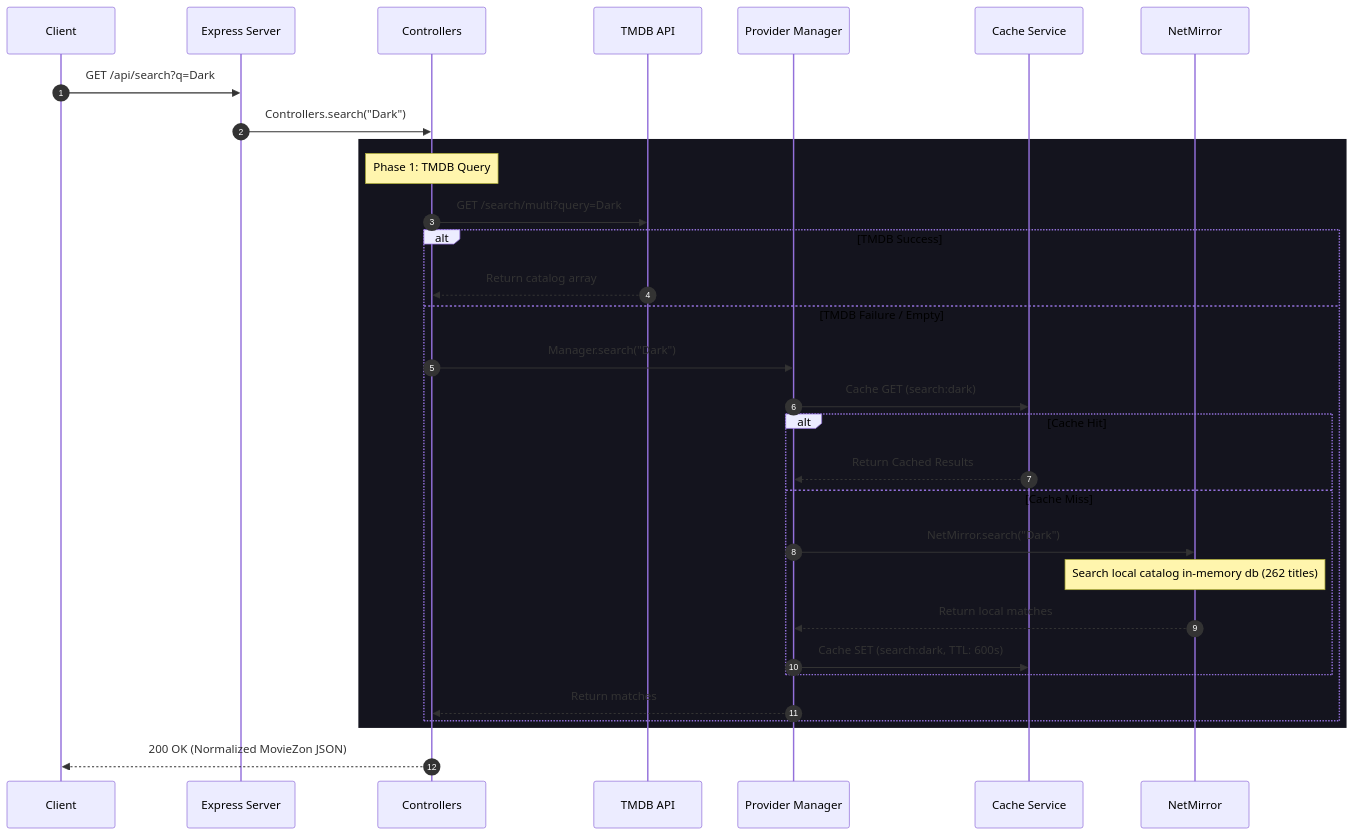
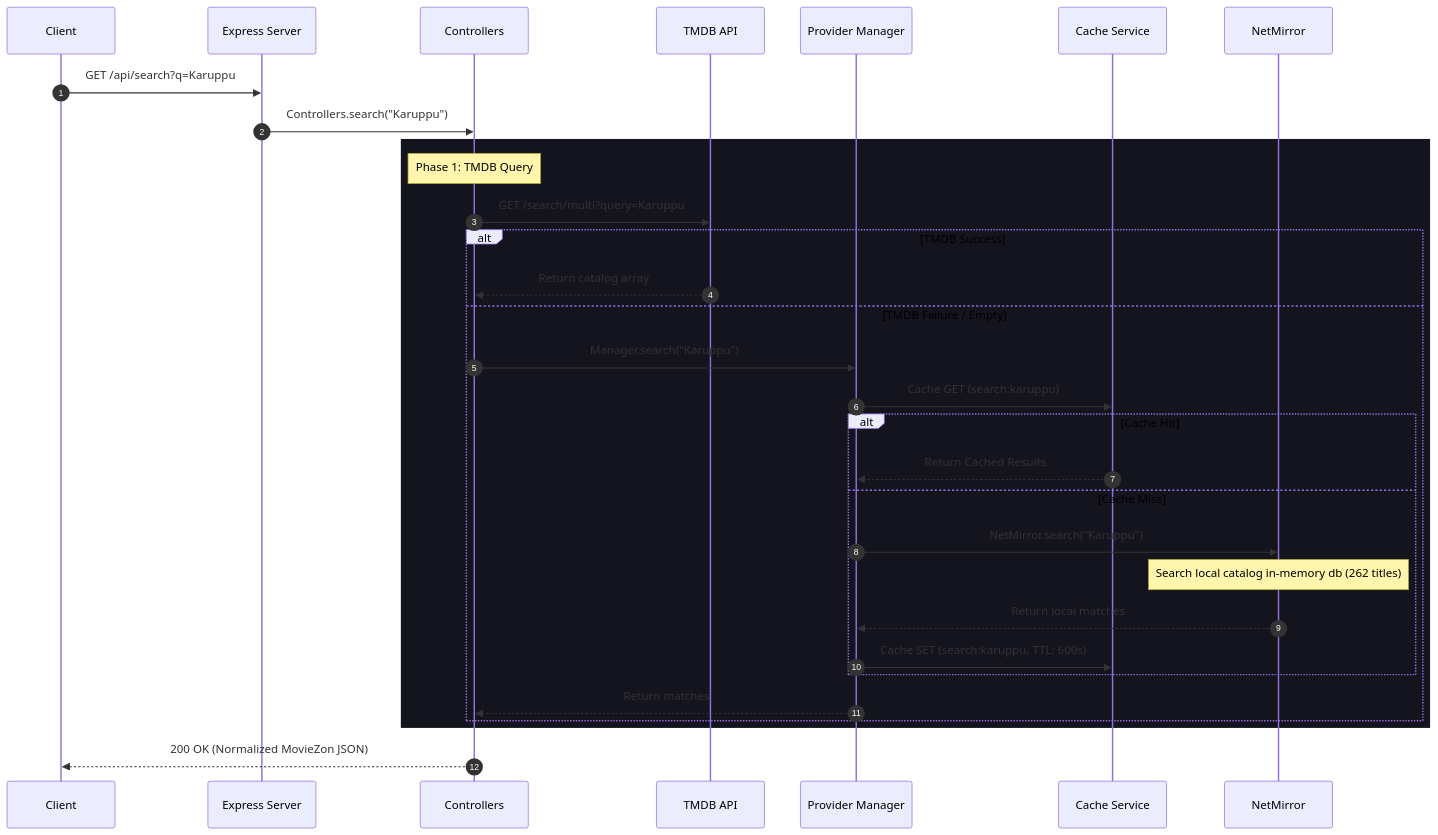
Before and after one commit to Kalaitechtubee/MovieZon-api: the second of 5 diagrams in api_flow_documentation.md, drawn with Mermaid. The commit also changed other lines of this file, not shown here.

Commit message:
docs: update api_flow_documentation.md with new details and safety net updates

````diff
--- a/api_flow_documentation.md
+++ b/api_flow_documentation.md
@@ -43,28 +50,28 @@
 ```mermaid
 sequenceDiagram
     autonumber
-    Client->>Express Server: GET /api/search?q=Dark
-    Express Server->>Controllers: Controllers.search("Dark")
-    
+    Client->>Express Server: GET /api/search?q=Karuppu
+    Express Server->>Controllers: Controllers.search("Karuppu")
+
     rect rgb(20, 20, 30)
         Note over Controllers: Phase 1: TMDB Query
-        Controllers->>TMDB API: GET /search/multi?query=Dark
+        Controllers->>TMDB API: GET /search/multi?query=Karuppu
         alt TMDB Success
             TMDB API-->>Controllers: Return catalog array
         else TMDB Failure / Empty
-            Controllers->>Provider Manager: Manager.search("Dark")
-            Provider Manager->>Cache Service: Cache GET (search:dark)
+            Controllers->>Provider Manager: Manager.search("Karuppu")
+            Provider Manager->>Cache Service: Cache GET (search:karuppu)
             alt Cache Hit
                 Cache Service-->>Provider Manager: Return Cached Results
             else Cache Miss
-                Provider Manager->>NetMirror: NetMirror.search("Dark")
+                Provider Manager->>NetMirror: NetMirror.search("Karuppu")
                 Note over NetMirror: Search local catalog in-memory db (262 titles)
                 NetMirror-->>Provider Manager: Return local matches
-                Provider Manager->>Cache Service: Cache SET (search:dark, TTL: 600s)
+                Provider Manager->>Cache Service: Cache SET (search:karuppu, TTL: 600s)
             end
             Provider Manager-->>Controllers: Return matches
         end
     end
-    
+
     Controllers-->>Client: 200 OK (Normalized MovieZon JSON)
 ```
````
